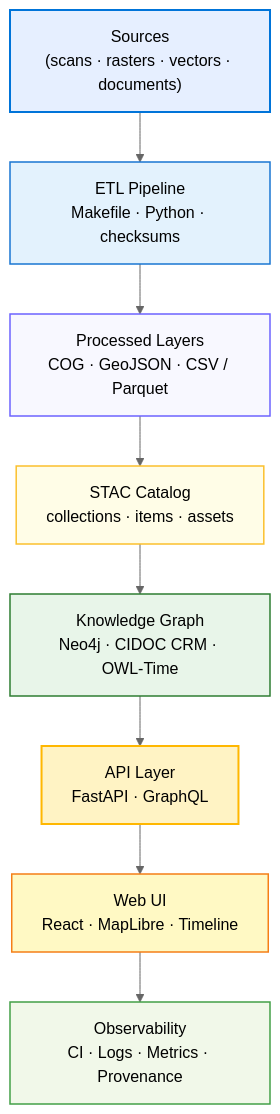
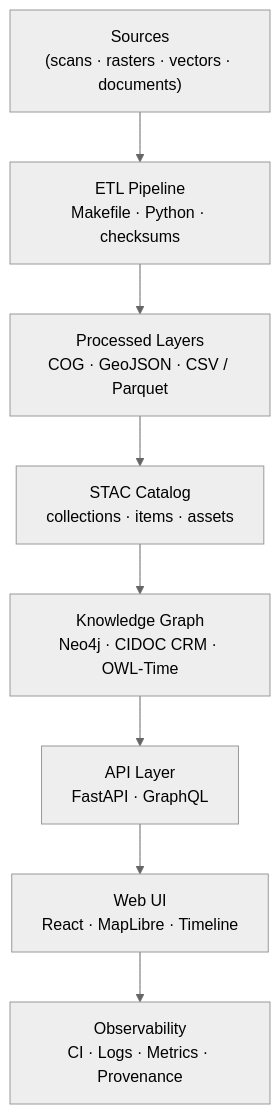
One commit to bartytime4life/Kansas-Frontier-Matrix changed the first of 2 diagrams in docs/design/reviews/architecture/system_overview_review.md. Above: the diagram before and after it, drawn with Mermaid (neutral theme). The commit also changed other lines of this file, not shown here.

`````diff
--- a/docs/design/reviews/architecture/system_overview_review.md
+++ b/docs/design/reviews/architecture/system_overview_review.md
@@ -38,21 +105,10 @@
 ```mermaid
 flowchart TD
   A["Sources\n(scans · rasters · vectors · documents)"] --> B["ETL Pipeline\nMakefile · Python · checksums"]
   B --> C["Processed Layers\nCOG · GeoJSON · CSV / Parquet"]
   C --> D["STAC Catalog\ncollections · items · assets"]
   D --> E["Knowledge Graph\nNeo4j · CIDOC CRM · OWL-Time"]
   E --> F["API Layer\nFastAPI · GraphQL"]
   F --> G["Web UI\nReact · MapLibre · Timeline"]
   G --> H["Observability\nCI · Logs · Metrics · Provenance"]
-
-  style A fill:#E6EFFF,stroke:#0074D9,stroke-width:2px
-  style B fill:#E3F2FD,stroke:#1976D2,stroke-width:1.5px
-  style C fill:#F8F8FF,stroke:#6C63FF,stroke-width:1.5px
-  style D fill:#FFFDE7,stroke:#FBC02D,stroke-width:1.5px
-  style E fill:#E8F5E9,stroke:#2E7D32,stroke-width:1.5px
-  style F fill:#FFF3C4,stroke:#FFB700,stroke-width:2px
-  style G fill:#FFF9C4,stroke:#F57F17,stroke-width:1.5px
-  style H fill:#F1F8E9,stroke:#43A047,stroke-width:1.5px
-
-  %% END OF MERMAID
-````
+```
`````
